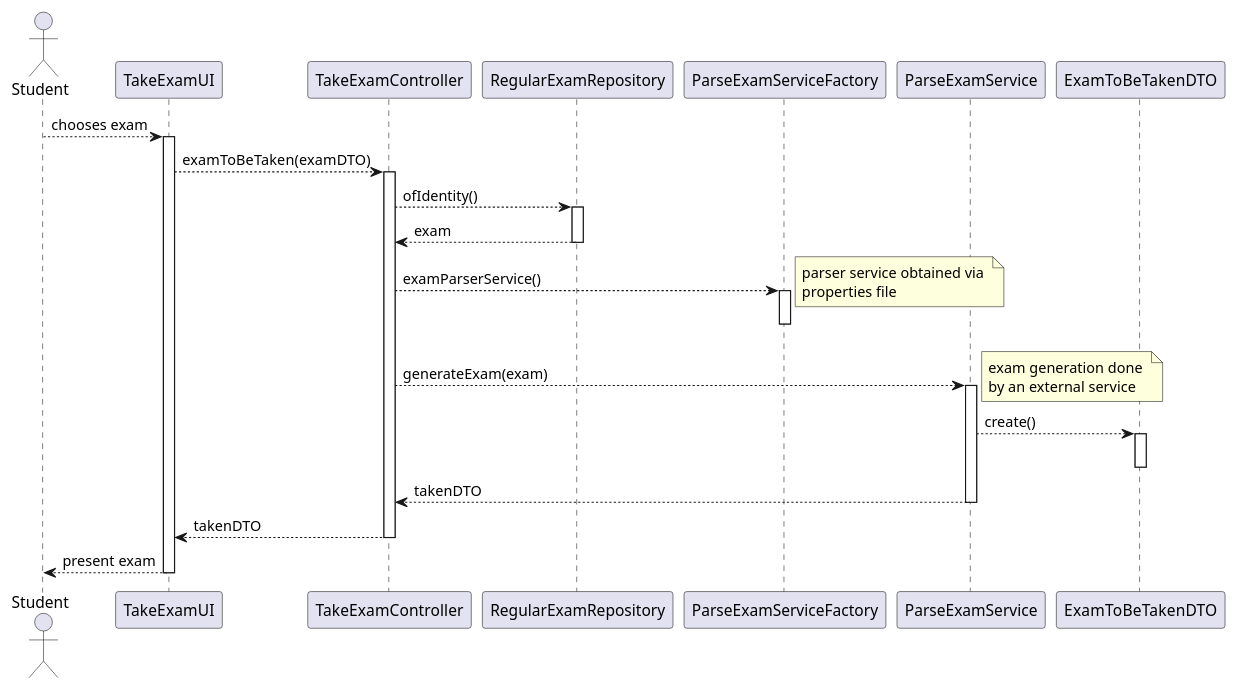
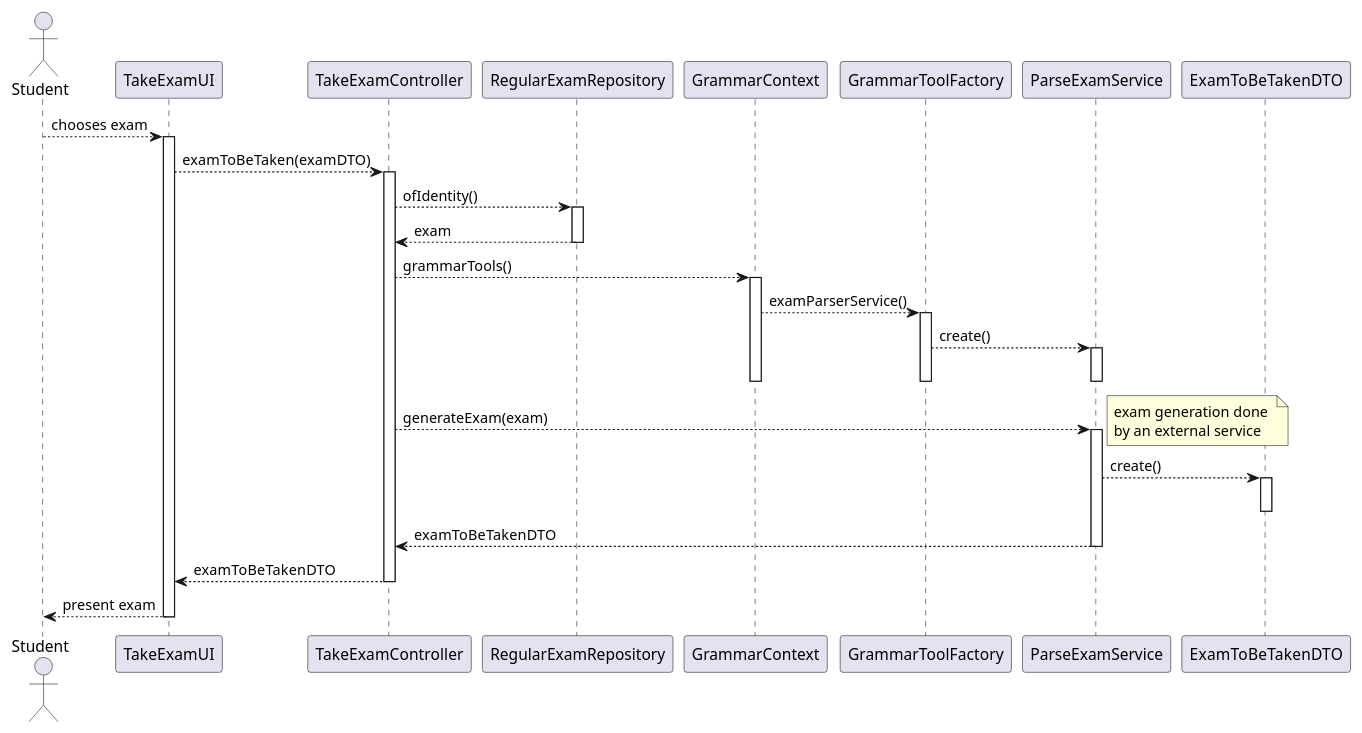
One commit to jovami/isep-lapr4 changed the diagram in docs/us_2004/examToBeTakenSD.puml. Above: the diagram before and after it, drawn with PlantUML. The commit also changed 5 other files, not shown here.

```diff
--- a/docs/us_2004/examToBeTakenSD.puml
+++ b/docs/us_2004/examToBeTakenSD.puml
@@ -1,39 +1,49 @@
 @startuml
+
 actor Student as student
+
 participant TakeExamUI as ui
 participant TakeExamController as ctrl
 
-participant RegularExamRepository as exam_repo
+participant RegularExamRepository as repo
 
-participant ParseExamServiceFactory as parser_factory
-participant ParseExamService as parser_svc
+participant GrammarContext as ctx
+participant GrammarToolFactory as grepo
+
+participant ParseExamService as svc
 
 participant ExamToBeTakenDTO as taken_dto
 
 student --> ui : chooses exam
 activate ui
     ui --> ctrl : examToBeTaken(examDTO)
     activate ctrl
-        ctrl --> exam_repo : ofIdentity()
-        activate exam_repo
-            exam_repo --> ctrl : exam
-        deactivate exam_repo
+        ctrl --> repo : ofIdentity()
+        activate repo
+            repo --> ctrl : exam
+        deactivate repo
 
-        ctrl --> parser_factory : examParserService()
-        activate parser_factory
-            note right: parser service obtained via \nproperties file
-        deactivate parser_factory
+        ctrl --> ctx : grammarTools()
+        activate ctx
+            ctx --> grepo : examParserService()
+            activate grepo
+                grepo --> svc : create()
+                activate svc
+                deactivate svc
+            deactivate grepo
+        deactivate ctx
 
-        ctrl --> parser_svc : generateExam(exam)
-        activate parser_svc
+        ctrl --> svc : generateExam(exam)
+        activate svc
             note right: exam generation done \nby an external service
-            parser_svc --> taken_dto : create()
+            svc --> taken_dto : create()
             activate taken_dto
             deactivate taken_dto
-            parser_svc --> ctrl : takenDTO
-        deactivate parser_svc
-        ctrl --> ui : takenDTO
+            svc --> ctrl : examToBeTakenDTO
+        deactivate svc
+        ctrl --> ui : examToBeTakenDTO
     deactivate ctrl
     ui --> student : present exam
 deactivate ui
+
 @enduml
```
